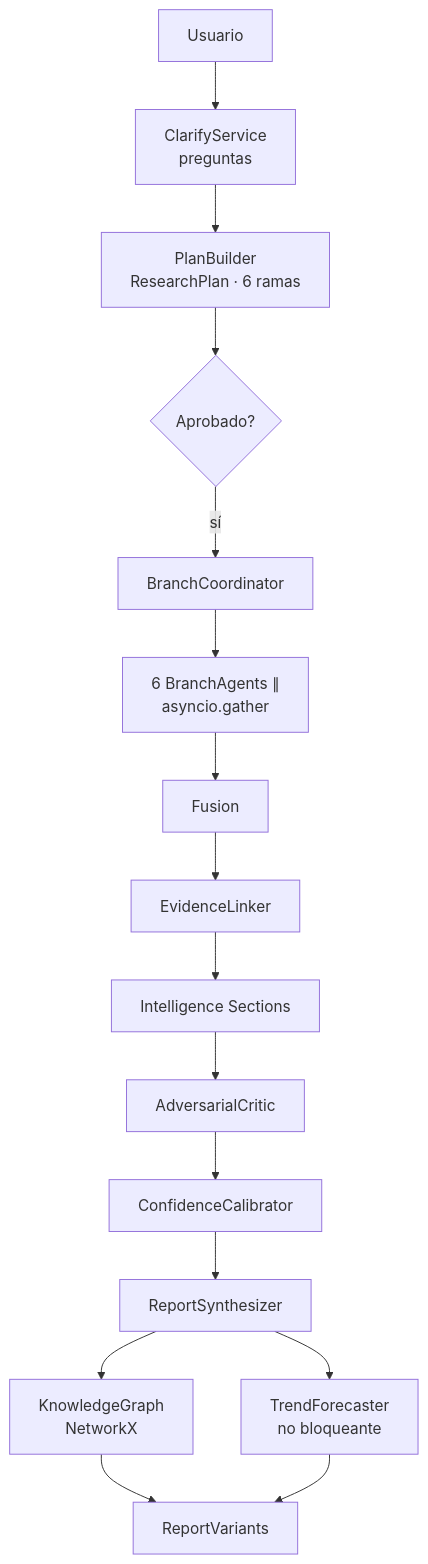
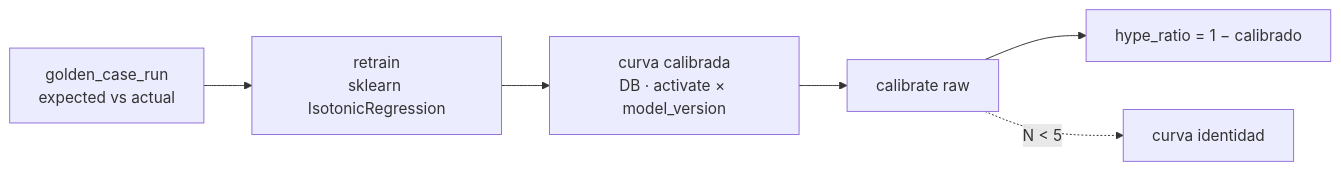
One commit to Angelthebestone/vigilador-tecnologico-2.0 changed the fourth of 8 diagrams in ARQUITECTURA.md. Above: the diagram before and after it, drawn with Mermaid. The commit also changed other lines of this file and 89 other files, not shown here.

````diff
--- a/ARQUITECTURA.md
+++ b/ARQUITECTURA.md
@@ -35,17 +172,8 @@
 ```mermaid
-flowchart TD
-    U[Usuario] --> CL[ClarifyService<br/>preguntas]
-    CL --> PB[PlanBuilder<br/>ResearchPlan · 6 ramas]
-    PB --> AP{Aprobado?}
-    AP -->|sí| BC[BranchCoordinator]
-    BC --> EXEC["6 BranchAgents ∥<br/>asyncio.gather"]
-    EXEC --> FU[Fusion]
-    FU --> EL[EvidenceLinker]
-    EL --> IS[Intelligence Sections]
-    IS --> AC[AdversarialCritic]
-    AC --> CC[ConfidenceCalibrator]
-    CC --> RS[ReportSynthesizer]
-    RS --> GR[KnowledgeGraph<br/>NetworkX]
-    RS --> TF[TrendForecaster<br/>no bloqueante]
-    GR & TF --> RV[ReportVariants]
+flowchart LR
+    GC[golden_case_run<br/>expected vs actual] --> RET[retrain<br/>sklearn IsotonicRegression]
+    RET --> CURVE[curva calibrada<br/>DB · activate × model_version]
+    CURVE --> CAL[calibrate raw]
+    CAL --> OUT["hype_ratio = 1 − calibrado"]
+    CAL -.N < 5.-> ID[curva identidad]
 ```
````
